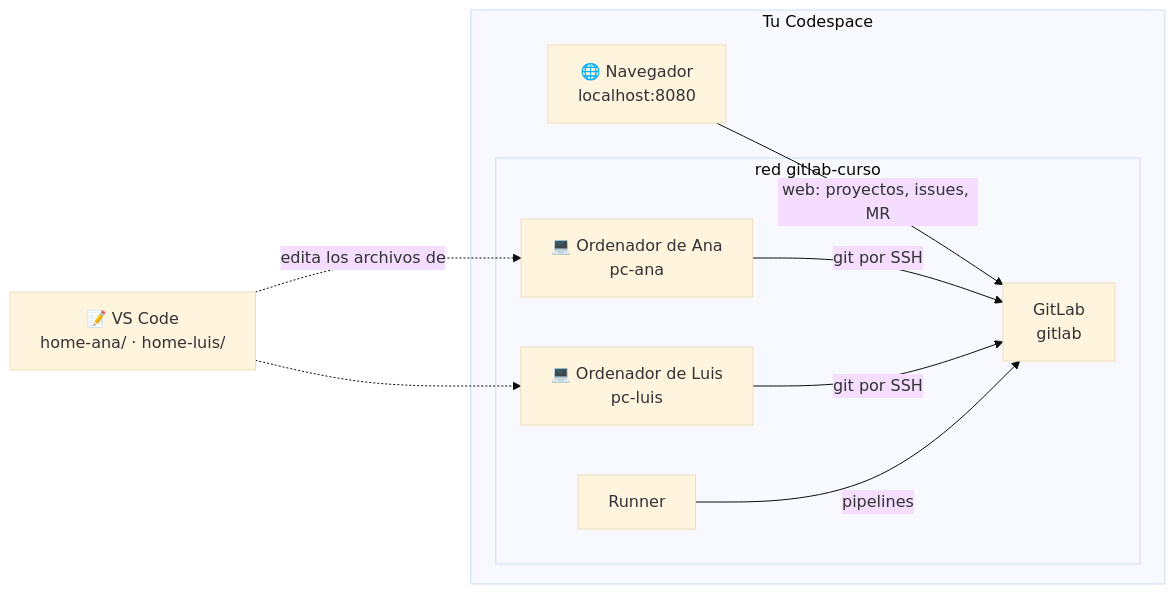
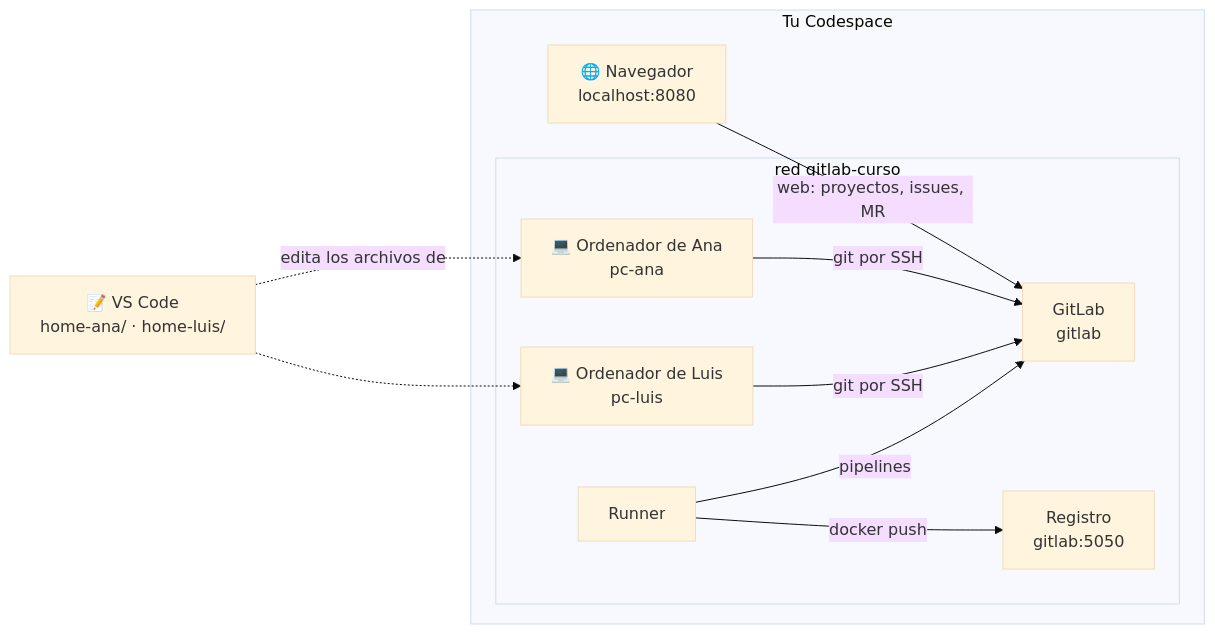
The diagram in infra/README.md (my-it-labs/gitlab-iniciacion-101), drawn with Mermaid (base theme) before and after one commit. The commit also changed other lines of this file and 15 other files, not shown here.

````diff
--- a/infra/README.md
+++ b/infra/README.md
@@ -7,18 +7,20 @@
 ```mermaid
 flowchart LR
   subgraph cs["Tu Codespace"]
     nav["🌐 Navegador<br/>localhost:8080"]
     subgraph red["red gitlab-curso"]
       gl["GitLab<br/>gitlab"]
+      reg["Registro<br/>gitlab:5050"]
       rn["Runner"]
       pa["💻 Ordenador de Ana<br/>pc-ana"]
       pl["💻 Ordenador de Luis<br/>pc-luis"]
     end
   end
   nav -- "web: proyectos, issues, MR" --> gl
   vs["📝 VS Code<br/>home-ana/ · home-luis/"] -. "edita los archivos de" .-> pa
   vs -.-> pl
   pa -- "git por SSH" --> gl
   pl -- "git por SSH" --> gl
   rn -- "pipelines" --> gl
+  rn -- "docker push" --> reg
 ```
````
